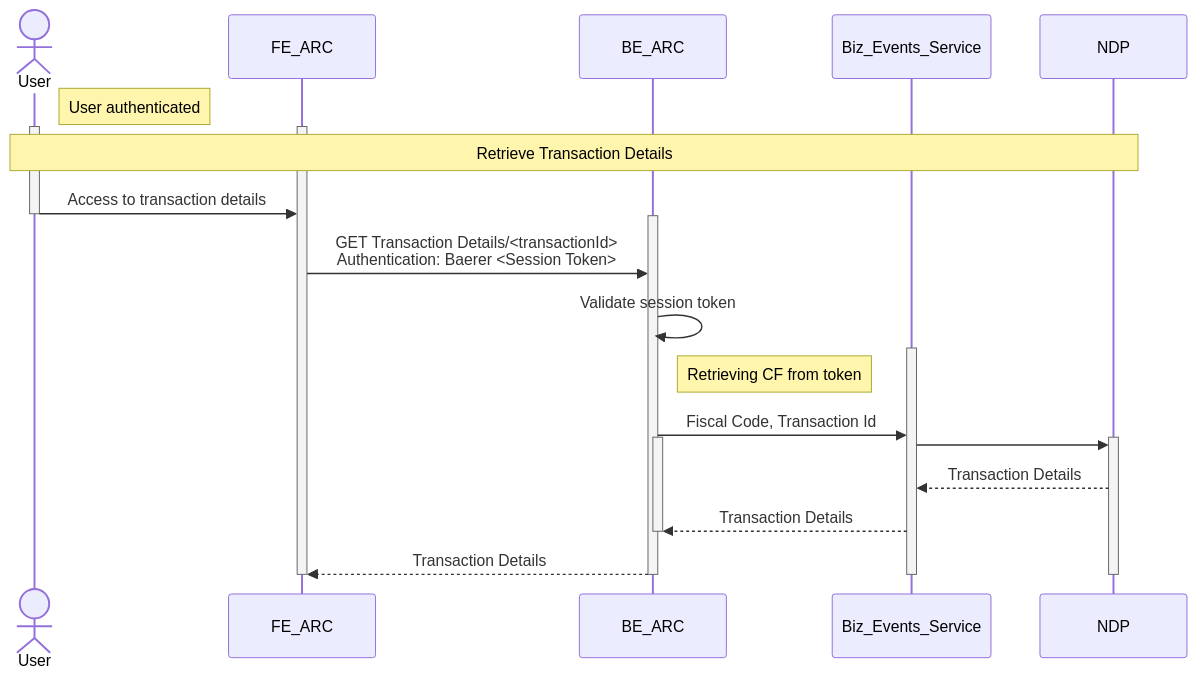
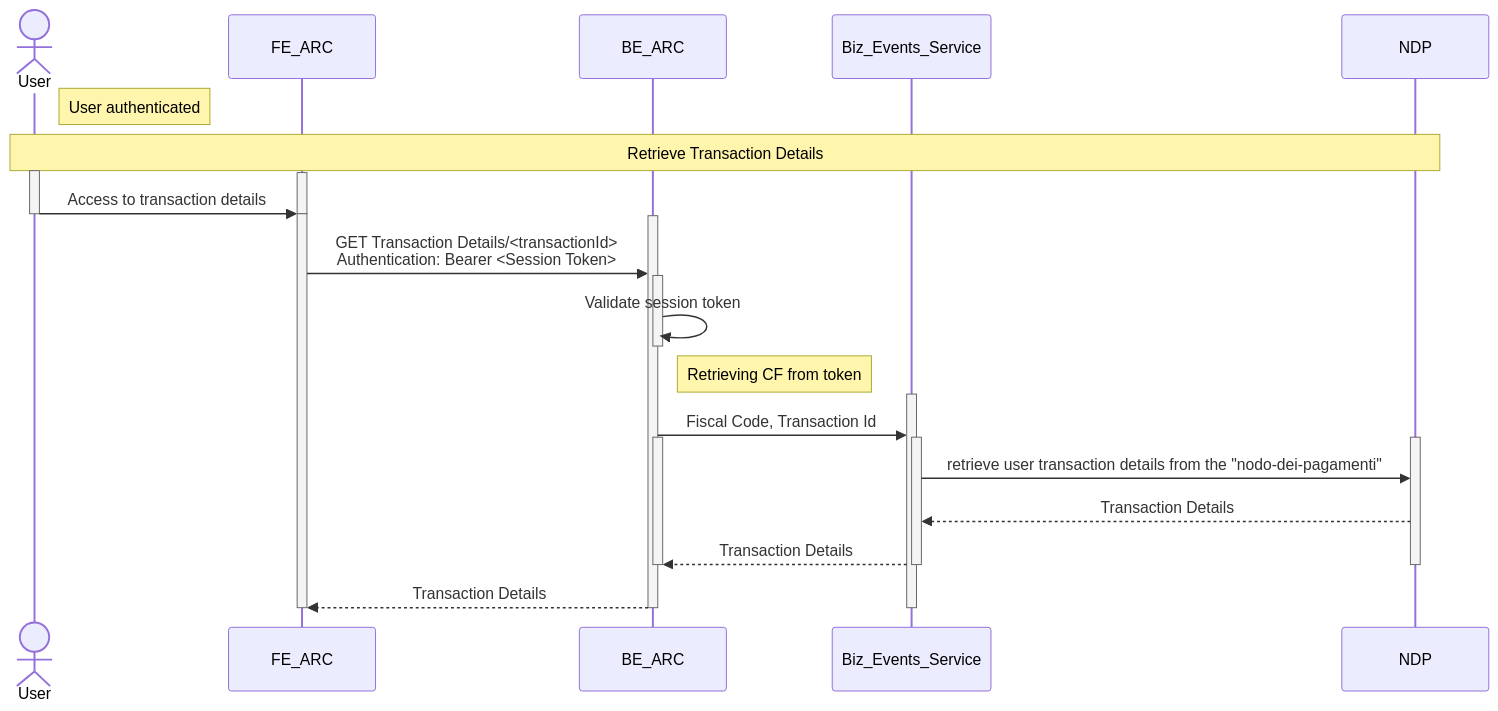
Before and after one commit to pagopa/p4pa-doc: the diagram in design/arc/sequence_diagram_transactionDetails.mmd, drawn with Mermaid. The commit also changed 1 other file, not shown here.

Commit message:
P4PU-64 updated sequence diagram

```diff
--- a/design/arc/sequence_diagram_transactionDetails.mmd
+++ b/design/arc/sequence_diagram_transactionDetails.mmd
@@ -1,30 +1,36 @@
 sequenceDiagram
 actor User
 participant FE_ARC
 participant BE_ARC
 participant Biz_Events_Service
 participant NDP
 
 note right of User: User authenticated
+note over User, NDP : Retrieve Transaction Details
     activate User
     activate FE_ARC
-note over User, NDP : Retrieve Transaction Details
         User ->> FE_ARC : Access to transaction details
     deactivate User
+    deactivate FE_ARC
+    activate FE_ARC
     activate BE_ARC
-        FE_ARC ->> BE_ARC : GET Transaction Details/<transactionId> <br> Authentication: Baerer <Session Token>
+        FE_ARC ->> BE_ARC : GET Transaction Details/<transactionId> <br> Authentication: Bearer <Session Token>
+    activate BE_ARC
         BE_ARC ->> BE_ARC : Validate session token
+    deactivate BE_ARC
+    note right of BE_ARC : Retrieving CF from token
     activate Biz_Events_Service
-    note right of BE_ARC : Retrieving CF from token
         BE_ARC ->> Biz_Events_Service : Fiscal Code, Transaction Id
     activate NDP
     activate BE_ARC
-        Biz_Events_Service ->> NDP :
+    activate Biz_Events_Service
+        Biz_Events_Service ->> NDP : retrieve user transaction details from the "nodo-dei-pagamenti"
         NDP -->> Biz_Events_Service : Transaction Details
         Biz_Events_Service -->> BE_ARC : Transaction Details
+    deactivate Biz_Events_Service
     deactivate BE_ARC
+    deactivate NDP
         BE_ARC -->> FE_ARC : Transaction Details
-    deactivate NDP
     deactivate BE_ARC
     deactivate FE_ARC
     deactivate Biz_Events_Service
```
